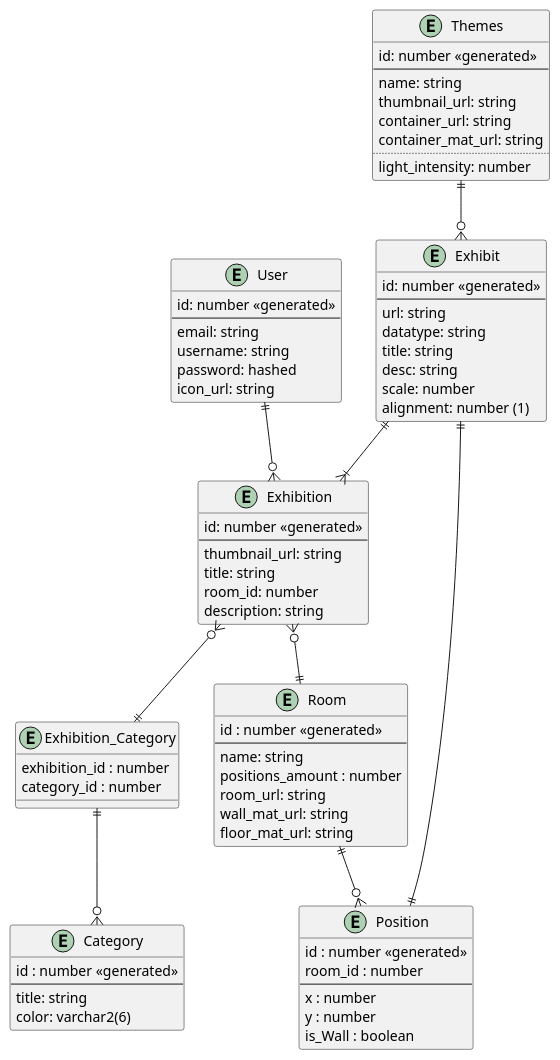
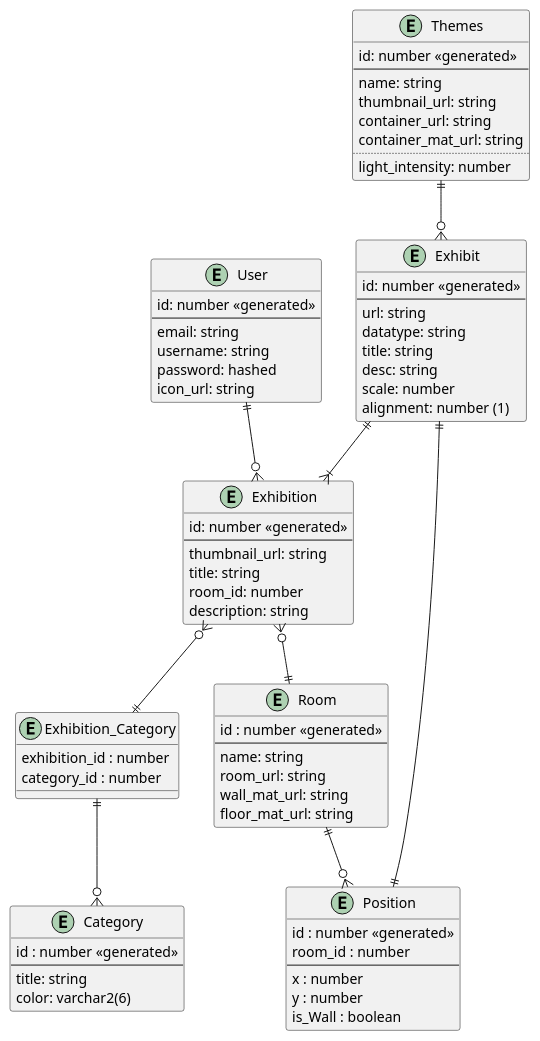
One commit to L0R3N7/3D-Portfolio-Gallery changed the diagram in ERD/erd.wsd. Above: the diagram before and after it, drawn with PlantUML.

Commit message:
lol forgot field in room to delete ERD

```diff
--- a/ERD/erd.wsd
+++ b/ERD/erd.wsd
@@ -1,80 +1,79 @@
 @startuml DA-Klassendiagramm
 entity User {
     id: number <<generated>>
     --
     email: string
     username: string
     password: hashed
     icon_url: string
 }
 
 entity Exhibition {
     id: number <<generated>>
     --
     thumbnail_url: string
     title: string
     room_id: number
     description: string
 }
 entity Themes {
     id: number <<generated>>
     --
     name: string
     thumbnail_url: string
     container_url: string
     container_mat_url: string
     ..
     light_intensity: number
 }
 
 entity Room {
     id : number <<generated>>
     --
     name: string
-    positions_amount : number
     room_url: string
     wall_mat_url: string
     floor_mat_url: string
 }
 
 entity Position{
     id : number <<generated>>
     room_id : number
     ---
     x : number
     y : number
     is_Wall : boolean
 }
 
 entity Exhibition_Category {
     exhibition_id : number
     category_id : number
 }
 
 entity Category{
    id : number <<generated>>
    --
    title: string
    color: varchar2(6)
 }
 
 entity Exhibit {
     id: number <<generated>> 
     --
     url: string
     datatype: string
     title: string
     desc: string
     scale: number
     alignment: number (1)
 }
 
 User ||--o{ Exhibition
 Exhibit ||--|{Exhibition
 Exhibit ||--|| Position
 Exhibition }o--|| Exhibition_Category
 Exhibition_Category ||--o{ Category
 Room ||--o{ Position
 Exhibition }o--|| Room
 Themes ||--o{ Exhibit
 @enduml
```
